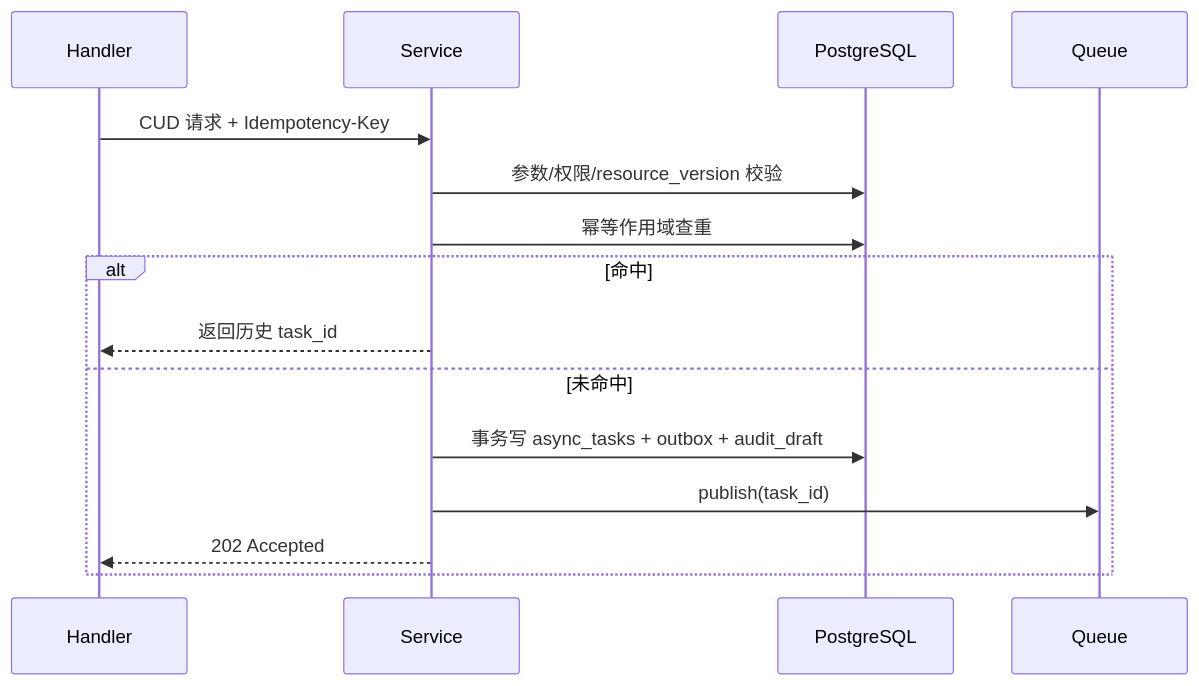
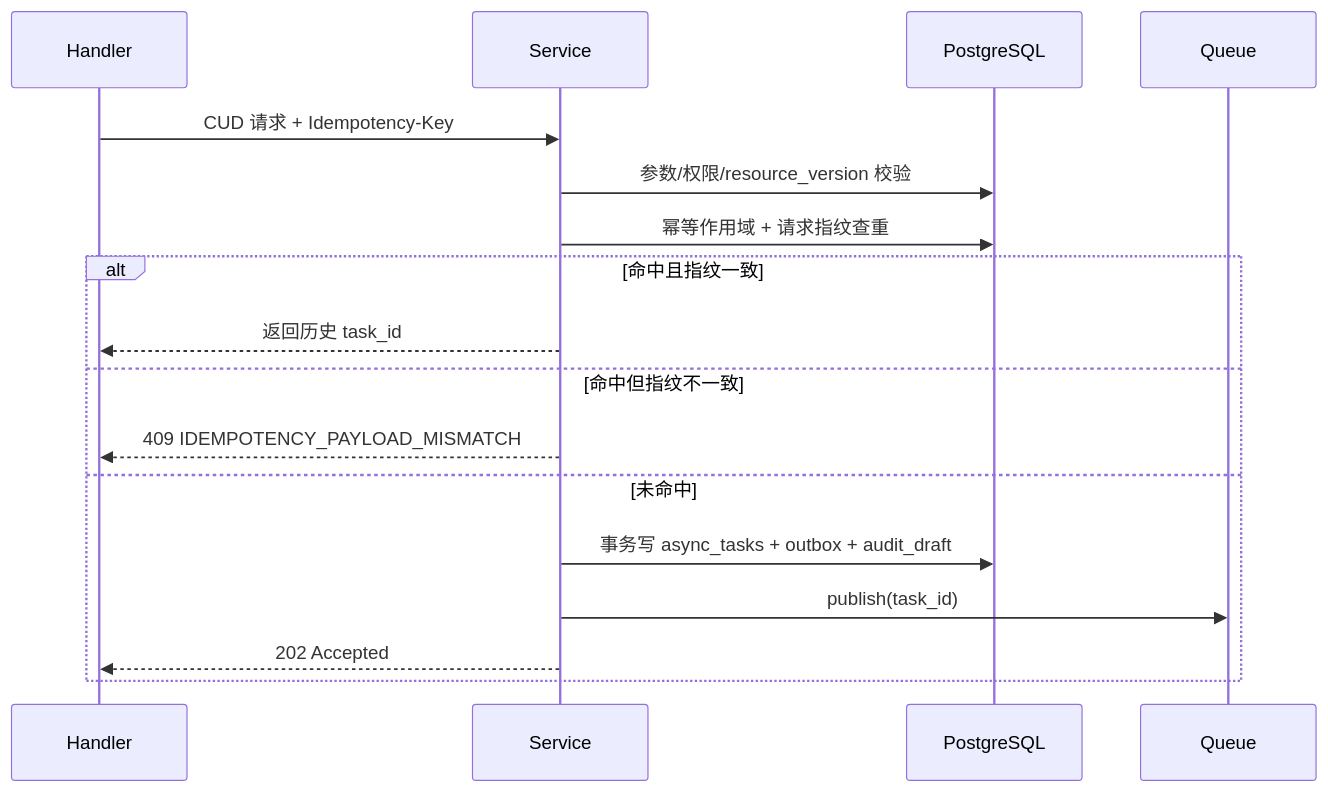
Before and after one commit to sentanl869/aether: diagram 14 of 23 in docs/design.md, drawn with Mermaid. The commit also changed other lines of this file and 2 other files, not shown here.

````diff
--- a/docs/design.md
+++ b/docs/design.md
@@ -1399,18 +1407,20 @@
 ```mermaid
 sequenceDiagram
   participant H as Handler
   participant S as Service
   participant DB as PostgreSQL
   participant Q as Queue
 
   H->>S: CUD 请求 + Idempotency-Key
   S->>DB: 参数/权限/resource_version 校验
-  S->>DB: 幂等作用域查重
-  alt 命中
+  S->>DB: 幂等作用域 + 请求指纹查重
+  alt 命中且指纹一致
     S-->>H: 返回历史 task_id
+  else 命中但指纹不一致
+    S-->>H: 409 IDEMPOTENCY_PAYLOAD_MISMATCH
   else 未命中
     S->>DB: 事务写 async_tasks + outbox + audit_draft
     S->>Q: publish(task_id)
     S-->>H: 202 Accepted
   end
 ```
````
